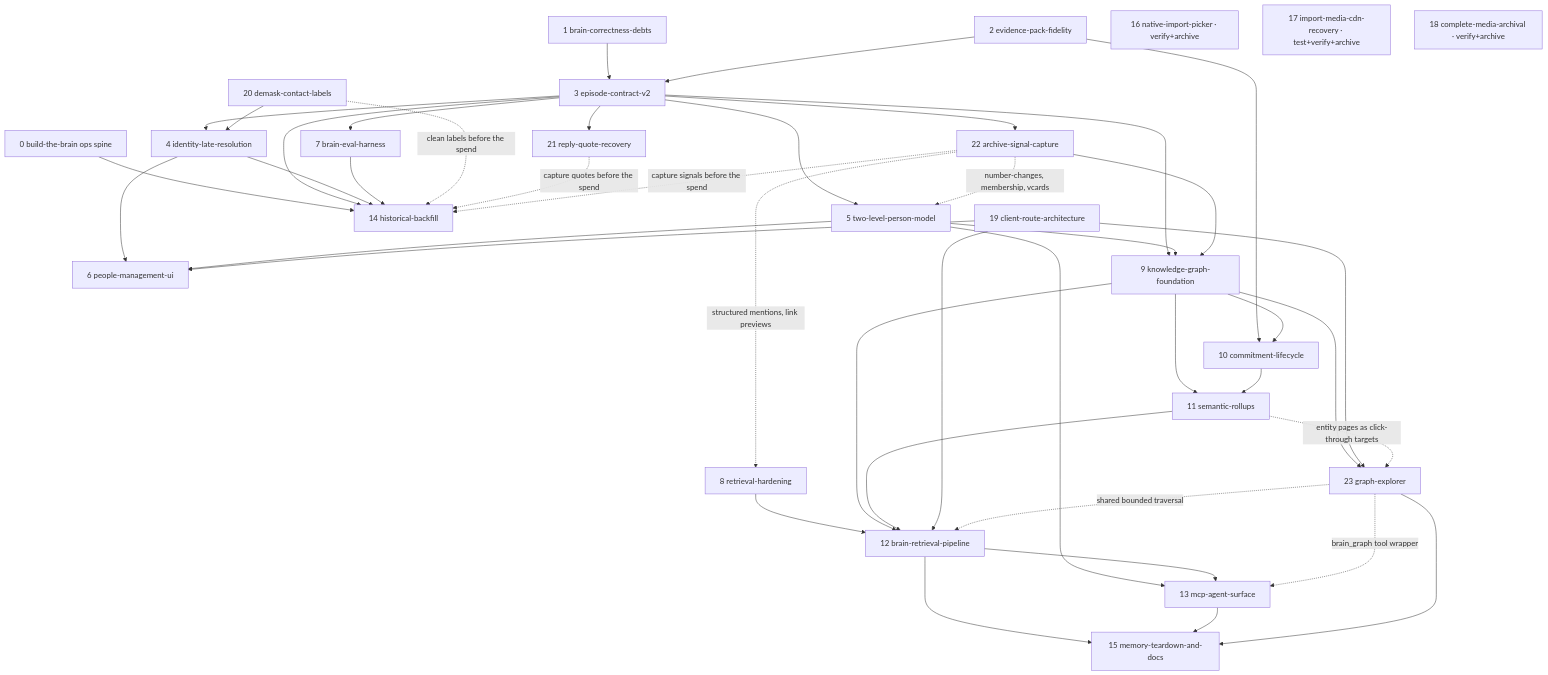
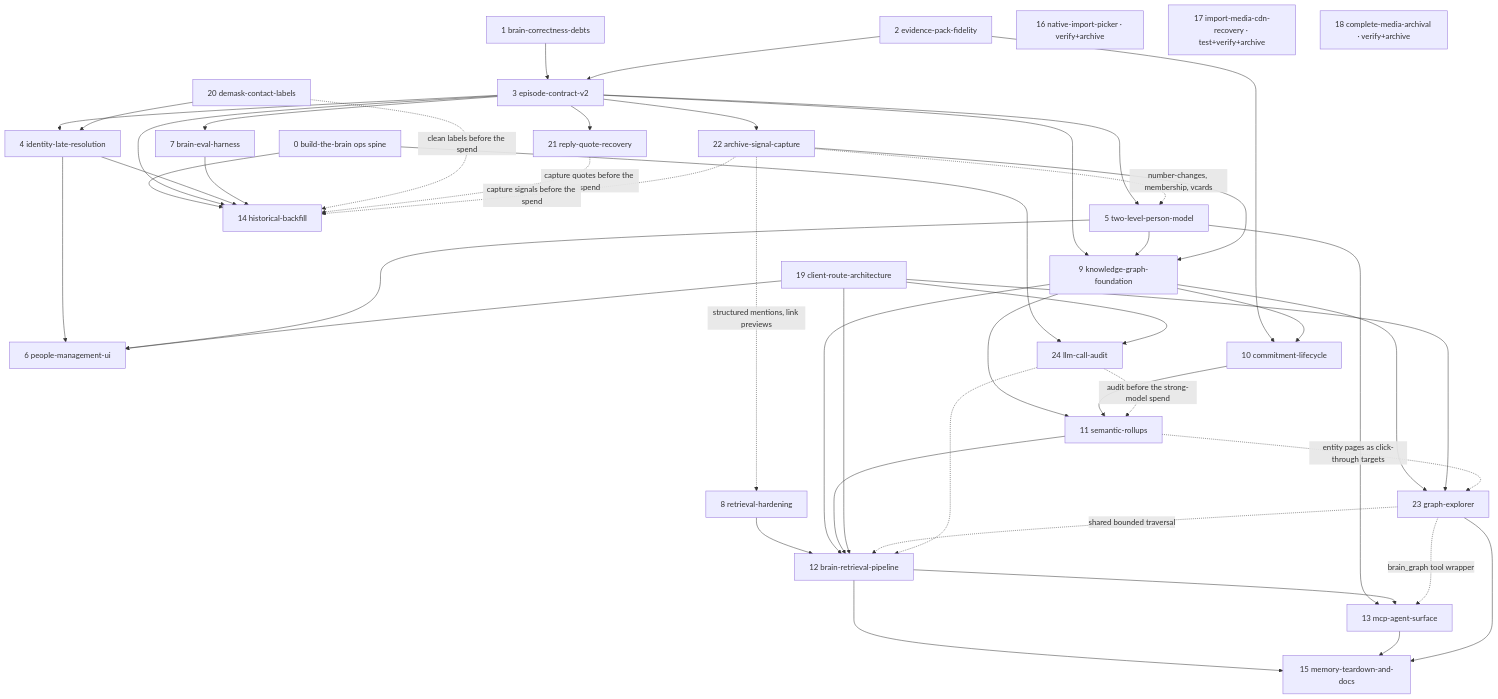
One commit to abdatta/wapp-brain changed the diagram in openspec/changes/ROADMAP.md. Above: the diagram before and after it, drawn with Mermaid. The commit also changed other lines of this file and 7 other files, not shown here.

First line of the commit message:
Propose llm-call-audit: local per-call LLM audit surface (roadmap #24)

````diff
--- a/openspec/changes/ROADMAP.md
+++ b/openspec/changes/ROADMAP.md
@@ -52,47 +53,51 @@
 ```mermaid
 graph TD
     C1[1 brain-correctness-debts] --> C3[3 episode-contract-v2]
     C2[2 evidence-pack-fidelity] --> C3
     C3 --> C4[4 identity-late-resolution]
     C3 --> C5[5 two-level-person-model]
     C3 --> C7[7 brain-eval-harness]
     C4 --> C6[6 people-management-ui]
     C5 --> C6
     C3 --> C9[9 knowledge-graph-foundation]
     C5 --> C9
     C2 --> C10[10 commitment-lifecycle]
     C9 --> C10
     C9 --> C11[11 semantic-rollups]
     C10 --> C11
     C8[8 retrieval-hardening] --> C12[12 brain-retrieval-pipeline]
     C9 --> C12
     C11 --> C12
     C5 --> C13[13 mcp-agent-surface]
     C12 --> C13
     C0[0 build-the-brain ops spine] --> C14[14 historical-backfill]
     C3 --> C14
     C4 --> C14
     C7 --> C14
     C12 --> C15[15 memory-teardown-and-docs]
     C13 --> C15
     C16[16 native-import-picker · verify+archive]
     C17[17 import-media-cdn-recovery · test+verify+archive]
     C18[18 complete-media-archival · verify+archive]
     C19[19 client-route-architecture] --> C6
     C19 --> C12
     C20[20 demask-contact-labels] --> C4
     C20 -.->|clean labels before the spend| C14
     C3 --> C21[21 reply-quote-recovery]
     C21 -.->|capture quotes before the spend| C14
     C3 --> C22[22 archive-signal-capture]
     C22 -.->|capture signals before the spend| C14
     C22 --> C9
     C22 -.->|number-changes, membership, vcards| C5
     C22 -.->|structured mentions, link previews| C8
     C9 --> C23[23 graph-explorer]
     C19 --> C23
     C11 -.->|entity pages as click-through targets| C23
     C23 -.->|shared bounded traversal| C12
     C23 -.->|brain_graph tool wrapper| C13
     C23 --> C15
+    C0 --> C24[24 llm-call-audit]
+    C19 --> C24
+    C24 -.->|audit before the strong-model spend| C11
+    C24 -.-> C12
 ```
````
